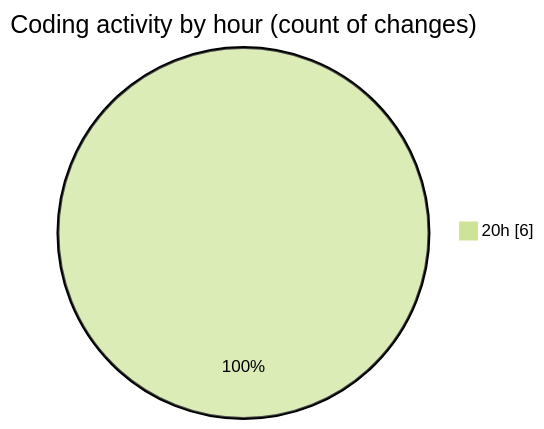
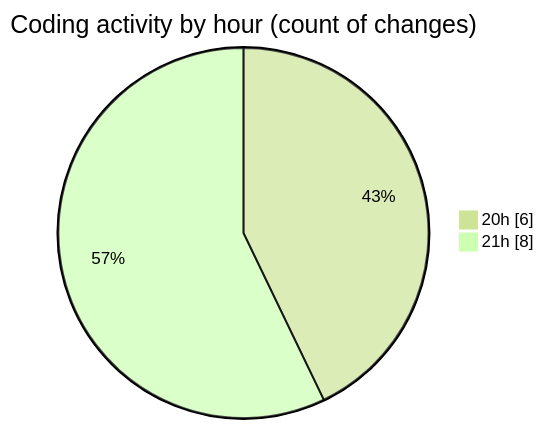
Before and after one commit to momahboobian/code-tracking: the second of 2 diagrams in 2026-10-08/cda/README.md, drawn with Mermaid (forest theme). The commit also changed other lines of this file and 1 other file, not shown here.

````diff
--- a/2026-10-08/cda/README.md
+++ b/2026-10-08/cda/README.md
@@ -33,5 +33,6 @@
 ```mermaid
 pie showData
 title Coding activity by hour (count of changes)
 "20h" : 6
+"21h" : 8
 ```
````
